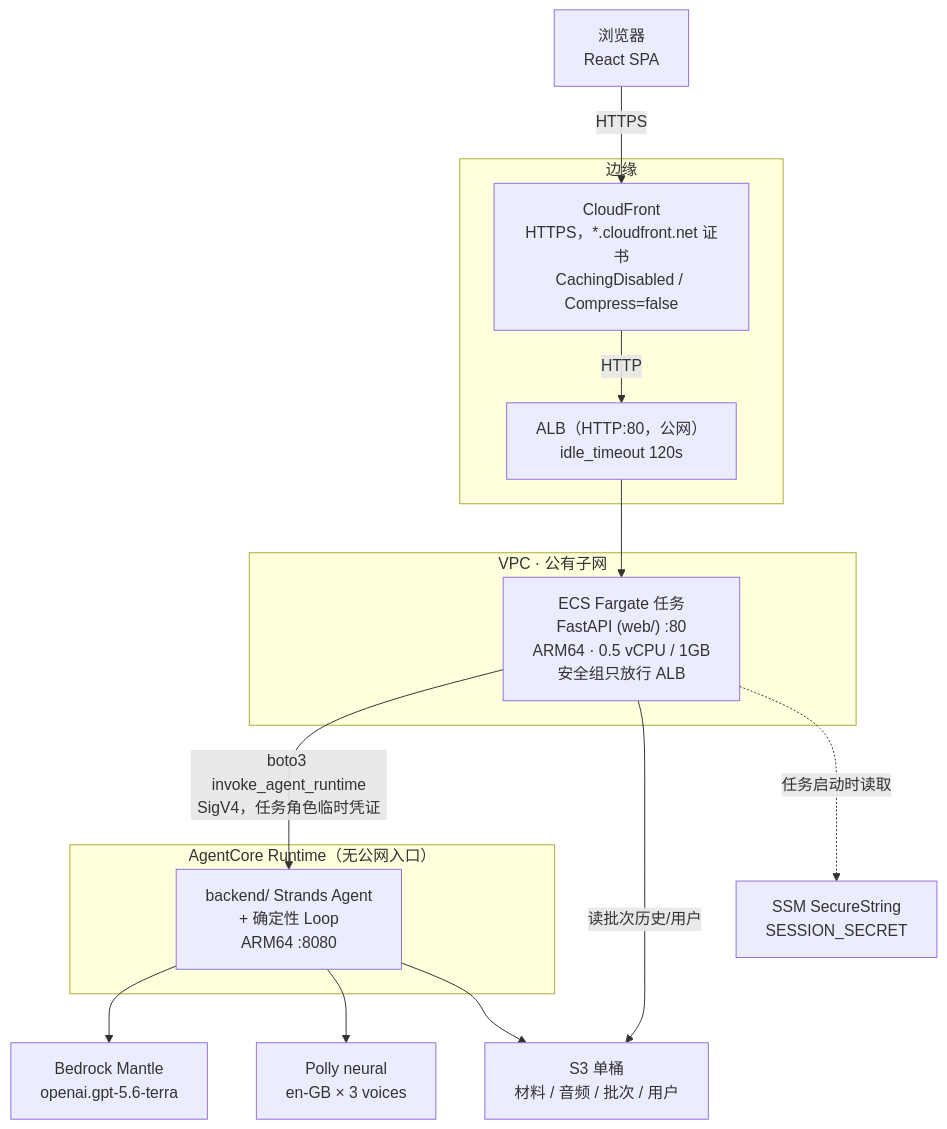
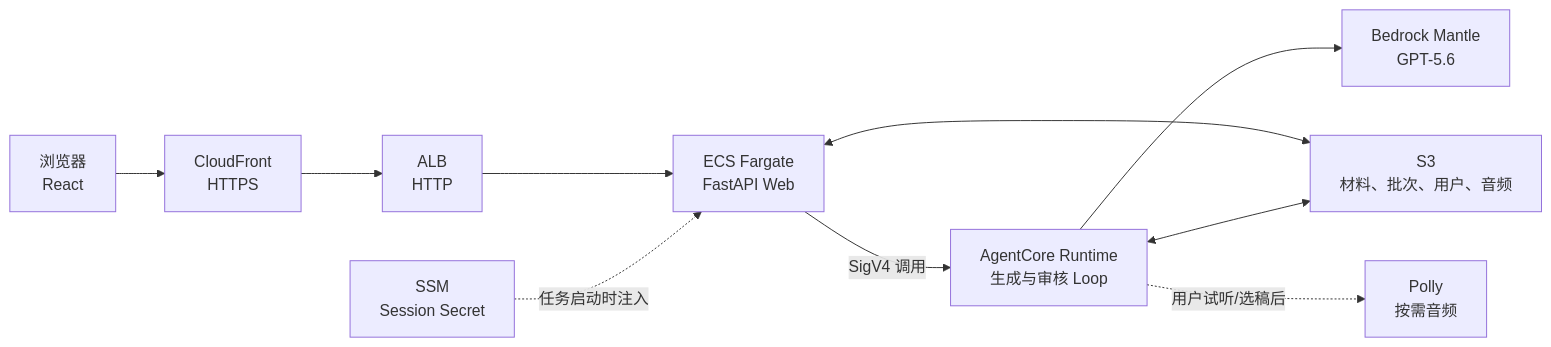
Before and after one commit to wanglingxiao123/ielts-part1-generator: the first of 2 diagrams in README.md, drawn with Mermaid. The commit also changed other lines of this file, not shown here.

````diff
--- a/README.md
+++ b/README.md
@@ -15,32 +100,20 @@
 ```mermaid
-flowchart TB
-    U["浏览器<br/>React SPA"]
+flowchart LR
+    U["浏览器<br/>React"]
+    CF["CloudFront<br/>HTTPS"]
+    ALB["ALB<br/>HTTP"]
+    WEB["ECS Fargate<br/>FastAPI Web"]
+    RT["AgentCore Runtime<br/>生成与审核 Loop"]
+    MODEL["Bedrock Mantle<br/>GPT-5.6"]
+    S3["S3<br/>材料、批次、用户、音频"]
+    SSM["SSM<br/>Session Secret"]
+    POLLY["Polly<br/>按需音频"]
 
-    subgraph EDGE["边缘"]
-        CF["CloudFront<br/>HTTPS，*.cloudfront.net 证书<br/>CachingDisabled / Compress=false"]
-        ALB["ALB（HTTP:80，公网）<br/>idle_timeout 120s"]
-    end
-
-    subgraph VPC["VPC · 公有子网"]
-        ECS["ECS Fargate 任务<br/>FastAPI (web/) :80<br/>ARM64 · 0.5 vCPU / 1GB<br/>安全组只放行 ALB"]
-    end
-
-    subgraph AC["AgentCore Runtime（无公网入口）"]
-        RT["backend/ Strands Agent<br/>+ 确定性 Loop<br/>ARM64 :8080"]
-    end
-
-    BR["Bedrock Mantle<br/>openai.gpt-5.6-terra"]
-    PL["Polly neural<br/>en-GB × 3 voices"]
-    S3["S3 单桶<br/>材料 / 音频 / 批次 / 用户"]
-    SSM["SSM SecureString<br/>SESSION_SECRET"]
-
-    U -- HTTPS --> CF
-    CF -- HTTP --> ALB
-    ALB --> ECS
-    ECS -- "boto3 invoke_agent_runtime<br/>SigV4，任务角色临时凭证" --> RT
-    ECS -- 读批次历史/用户 --> S3
-    ECS -. 任务启动时读取 .-> SSM
-    RT --> BR
-    RT --> PL
-    RT --> S3
+    U --> CF --> ALB --> WEB
+    WEB -->|"SigV4 调用"| RT
+    WEB <--> S3
+    SSM -. "任务启动时注入" .-> WEB
+    RT --> MODEL
+    RT <--> S3
+    RT -. "用户试听/选稿后" .-> POLLY
 ```
````
